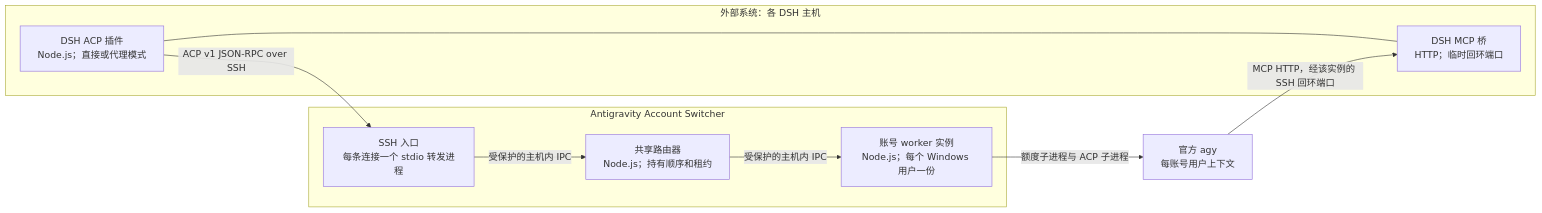
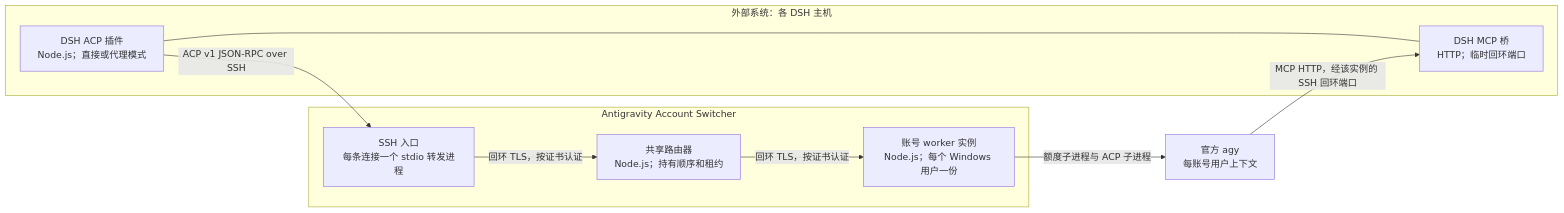
The second of 6 diagrams in docs/ARCHITECTURE.md (shirolabs67/AntigravityAccountSwitcher), drawn with Mermaid before and after one commit. The commit also changed other lines of this file and 23 other files, not shown here.

````diff
--- a/docs/ARCHITECTURE.md
+++ b/docs/ARCHITECTURE.md
@@ -20,19 +20,19 @@
 ```mermaid
 flowchart LR
   subgraph D["外部系统：各 DSH 主机"]
     A["DSH ACP 插件<br/>Node.js；直接或代理模式"]
     B["DSH MCP 桥<br/>HTTP；临时回环端口"]
     A --- B
   end
   subgraph S["Antigravity Account Switcher"]
     E["SSH 入口<br/>每条连接一个 stdio 转发进程"]
     R["共享路由器<br/>Node.js；持有顺序和租约"]
     W["账号 worker 实例<br/>Node.js；每个 Windows 用户一份"]
-    E -->|"受保护的主机内 IPC"| R
-    R -->|"受保护的主机内 IPC"| W
+    E -->|"回环 TLS，按证书认证"| R
+    R -->|"回环 TLS，按证书认证"| W
   end
   C["官方 agy<br/>每账号用户上下文"]
   A -->|"ACP v1 JSON-RPC over SSH"| E
   W -->|"额度子进程与 ACP 子进程"| C
   C -->|"MCP HTTP，经该实例的 SSH 回环端口"| B
 ```
````
